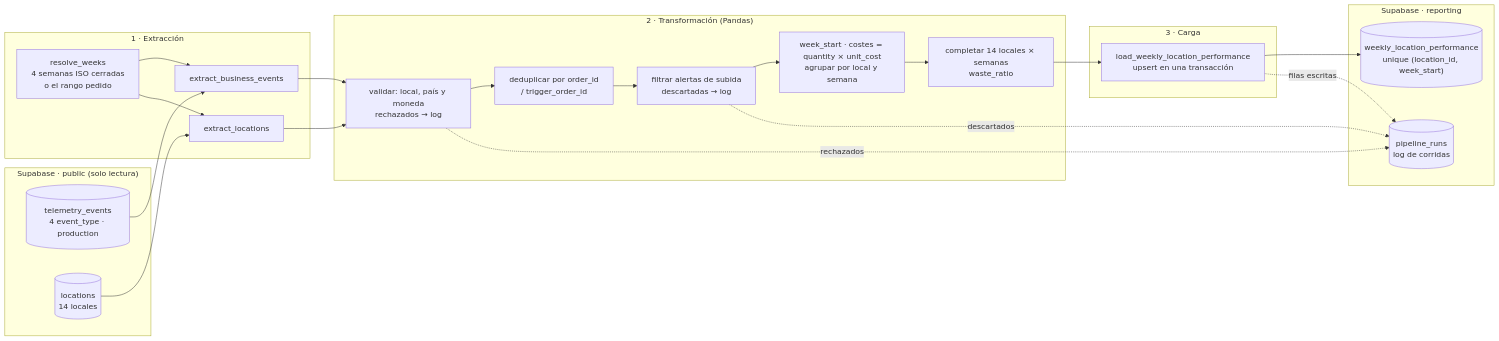
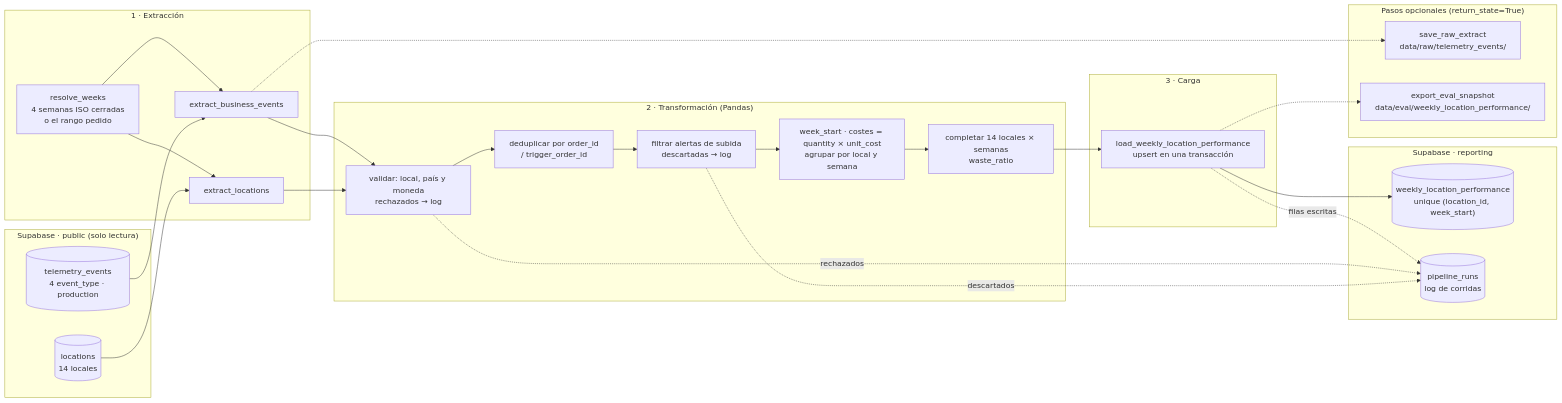
Before and after one commit to 4GeeksAcademy/aie-company-project-monorepo-juan-gouveia: the diagram in data/pipelines/PIPELINE_DESIGN.md, drawn with Mermaid. The commit also changed other lines of this file and 14 other files, not shown here.

````diff
--- a/data/pipelines/PIPELINE_DESIGN.md
+++ b/data/pipelines/PIPELINE_DESIGN.md
@@ -122,40 +126,47 @@
 ```mermaid
 flowchart LR
     subgraph Fuente["Supabase · public (solo lectura)"]
         TE[("telemetry_events<br/>4 event_type · production")]
         LOC[("locations<br/>14 locales")]
     end
 
     subgraph Extraccion["1 · Extracción"]
         RW["resolve_weeks<br/>4 semanas ISO cerradas<br/>o el rango pedido"]
         EE["extract_business_events"]
         EL["extract_locations"]
     end
 
     subgraph Transformacion["2 · Transformación (Pandas)"]
         V["validar: local, país y moneda<br/>rechazados → log"]
         D["deduplicar por order_id<br/>/ trigger_order_id"]
         F["filtrar alertas de subida<br/>descartadas → log"]
         A["week_start · costes = quantity × unit_cost<br/>agrupar por local y semana"]
         Z["completar 14 locales × semanas<br/>waste_ratio"]
     end
 
     subgraph Carga["3 · Carga"]
         UP["load_weekly_location_performance<br/>upsert en una transacción"]
     end
 
     subgraph Destino["Supabase · reporting"]
         WLP[("weekly_location_performance<br/>unique (location_id, week_start)")]
         PR[("pipeline_runs<br/>log de corridas")]
     end
 
+    subgraph Opcionales["Pasos opcionales (return_state=True)"]
+        RAW["save_raw_extract<br/>data/raw/telemetry_events/"]
+        EV["export_eval_snapshot<br/>data/eval/weekly_location_performance/"]
+    end
+
     RW --> EE & EL
     TE --> EE
     LOC --> EL
     EE --> V
     EL --> V
     V --> D --> F --> A --> Z --> UP --> WLP
     UP -. filas escritas .-> PR
     V -. rechazados .-> PR
     F -. descartados .-> PR
+    EE -.-> RAW
+    UP -.-> EV
 ```
````
